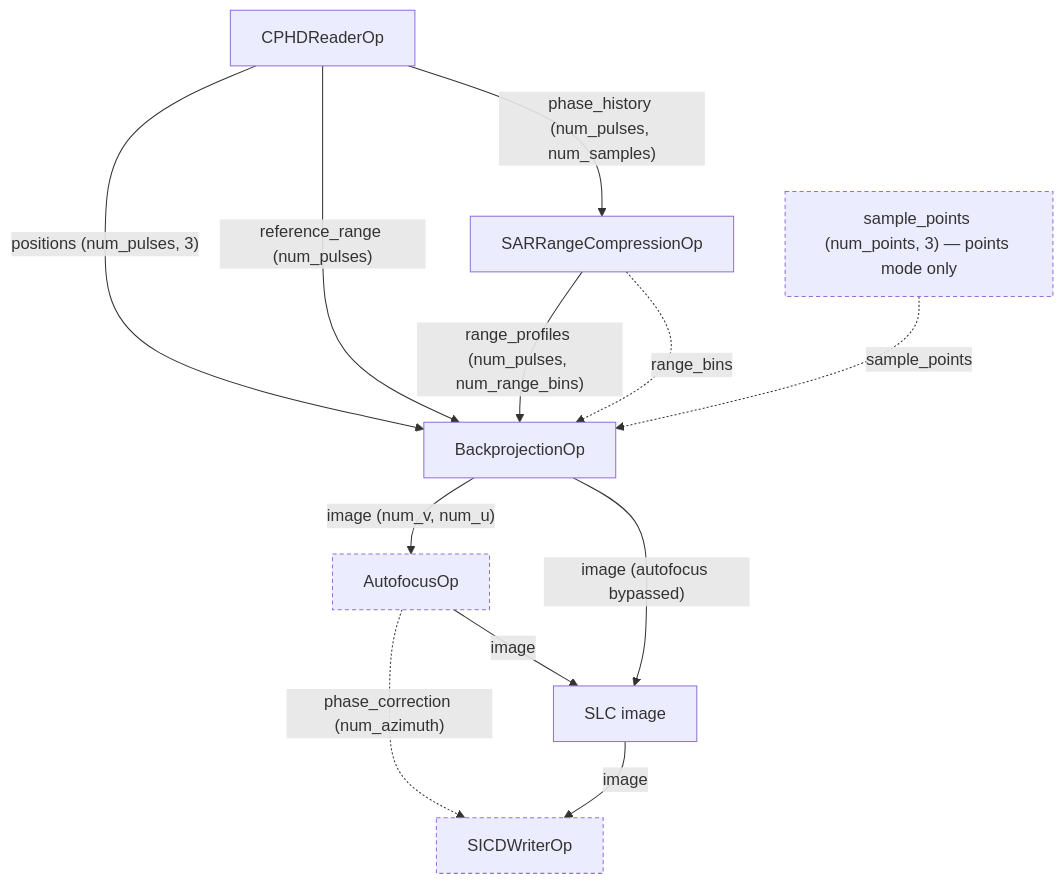
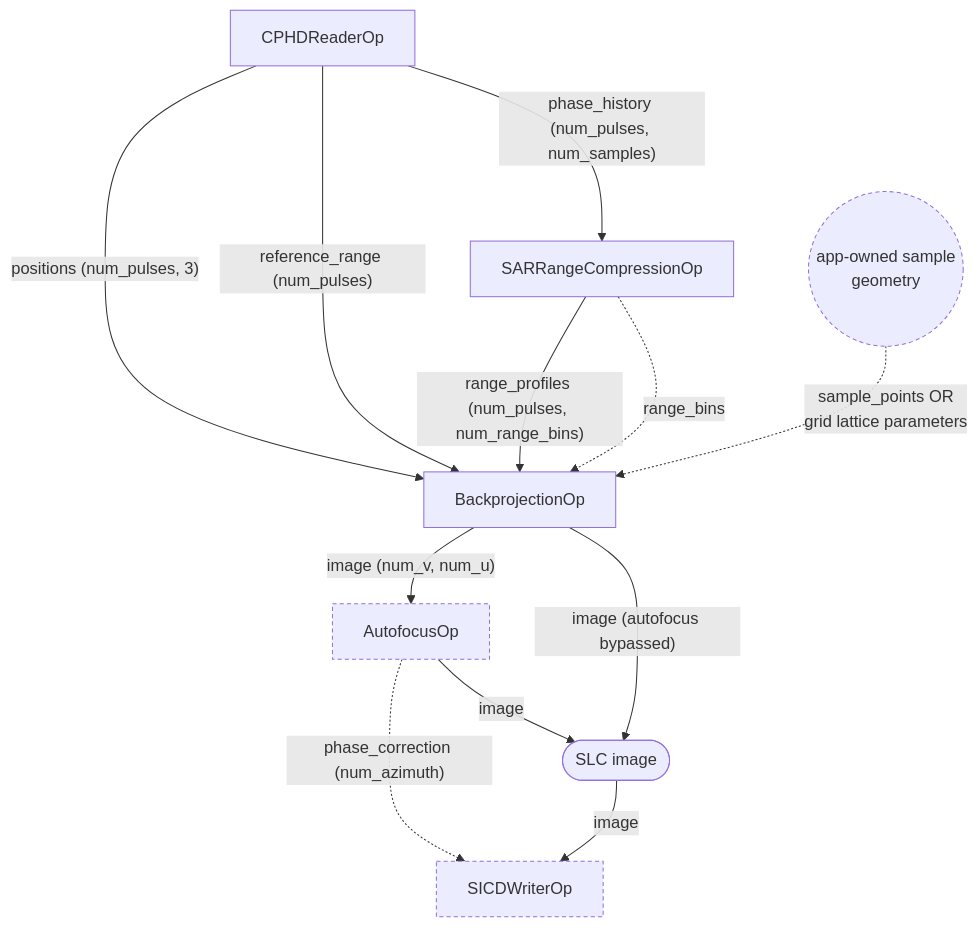
One commit to nvidia-holoscan/holoscan-radar changed the first of 3 diagrams in docs/planning/SAR/WORKFLOWS.md. Above: the diagram before and after it, drawn with Mermaid. The commit also changed other lines of this file and 7 other files, not shown here.

````diff
--- a/docs/planning/SAR/WORKFLOWS.md
+++ b/docs/planning/SAR/WORKFLOWS.md
@@ -177,16 +185,16 @@
 ```mermaid
 flowchart TD
   classDef opt stroke-dasharray:4 3
   READ["CPHDReaderOp"] -->|"phase_history (num_pulses, num_samples)"| RC["SARRangeCompressionOp"]
   READ -->|"positions (num_pulses, 3)"| BP["BackprojectionOp"]
   READ -->|"reference_range (num_pulses)"| BP
   RC -->|"range_profiles (num_pulses, num_range_bins)"| BP
   RC -.->|"range_bins"| BP
-  GEOM["sample_points (num_points, 3) — points mode only"] -.->|"sample_points"| BP
+  GEOM(("app-owned sample<br>geometry")) -.->|"sample_points OR<br>grid lattice parameters"| BP
   BP -->|"image (num_v, num_u)"| AF["AutofocusOp"]
-  AF -->|"image"| SLC["SLC image"]
+  AF -->|"image"| SLC(["SLC image"])
   BP -->|"image (autofocus bypassed)"| SLC
   AF -.->|"phase_correction (num_azimuth)"| SICD["SICDWriterOp"]
   SLC -->|"image"| SICD
   class AF,GEOM,SICD opt
 ```
````
